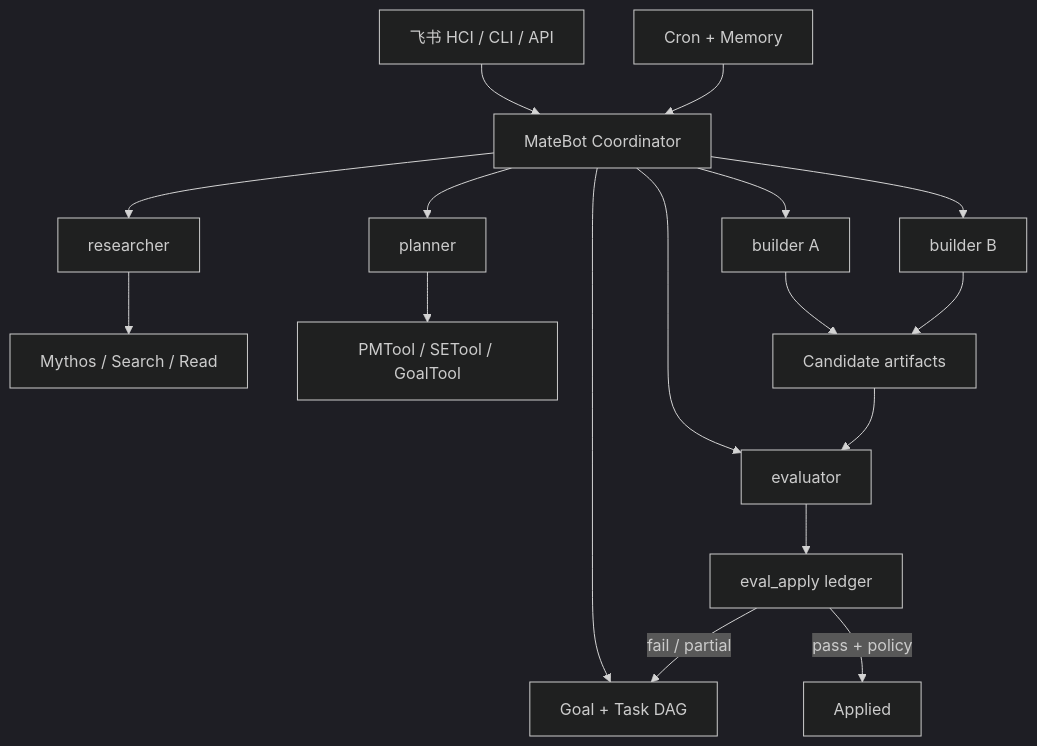
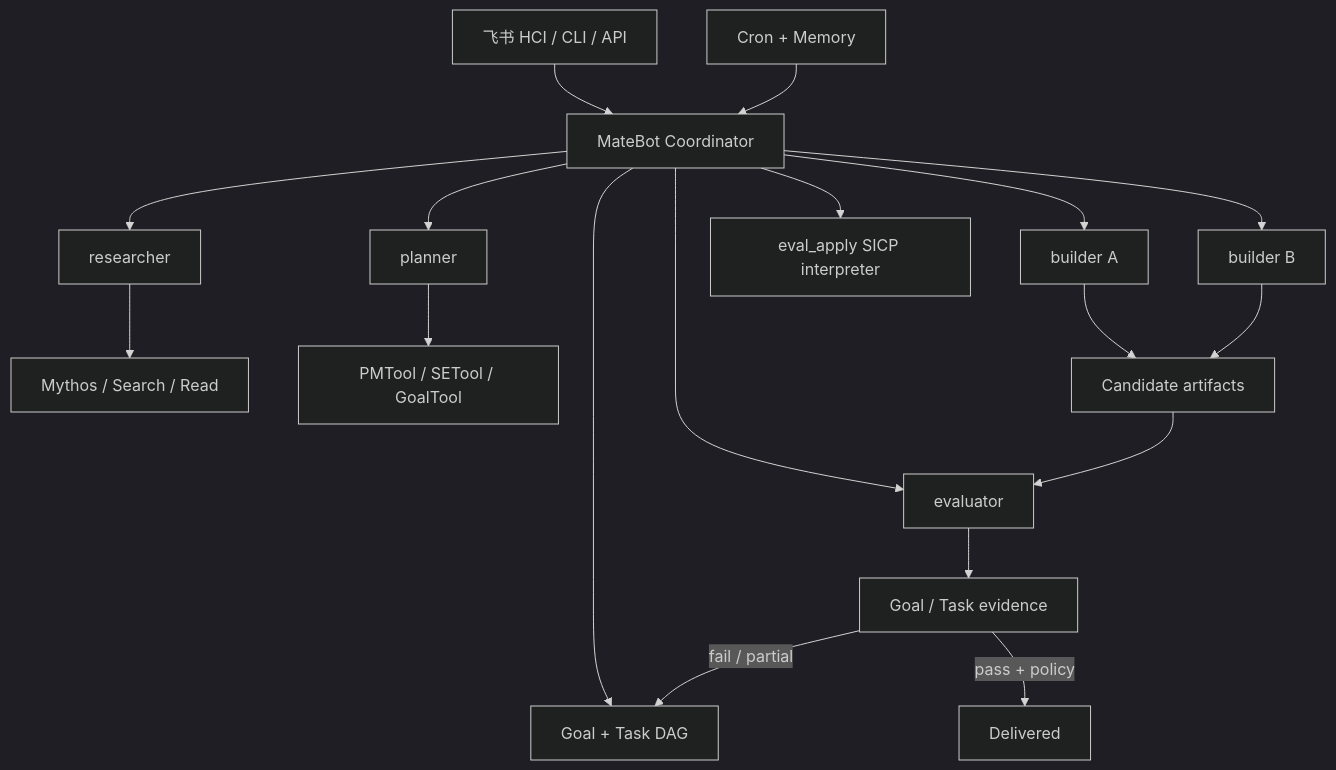
The diagram in docs/matebot-swarm-harness.md (aresbit/opencc), drawn with Mermaid (dark theme) before and after one commit. The commit also changed other lines of this file and 32 other files, not shown here.

````diff
--- a/docs/matebot-swarm-harness.md
+++ b/docs/matebot-swarm-harness.md
@@ -13,19 +13,20 @@
 ```mermaid
 flowchart TB
     HCI["飞书 HCI / CLI / API"] --> C["MateBot Coordinator"]
     C --> G["Goal + Task DAG"]
     C --> R["researcher"]
     C --> P["planner"]
     C --> B1["builder A"]
     C --> B2["builder B"]
     C --> E["evaluator"]
     R --> M["Mythos / Search / Read"]
     P --> PS["PMTool / SETool / GoalTool"]
     B1 --> A["Candidate artifacts"]
     B2 --> A
     A --> E
-    E --> Q["eval_apply ledger"]
-    Q -->|pass + policy| AP["Applied"]
+    E --> Q["Goal / Task evidence"]
+    Q -->|pass + policy| AP["Delivered"]
     Q -->|fail / partial| G
+    C --> X["eval_apply SICP interpreter"]
     T["Cron + Memory"] --> C
 ```
````
